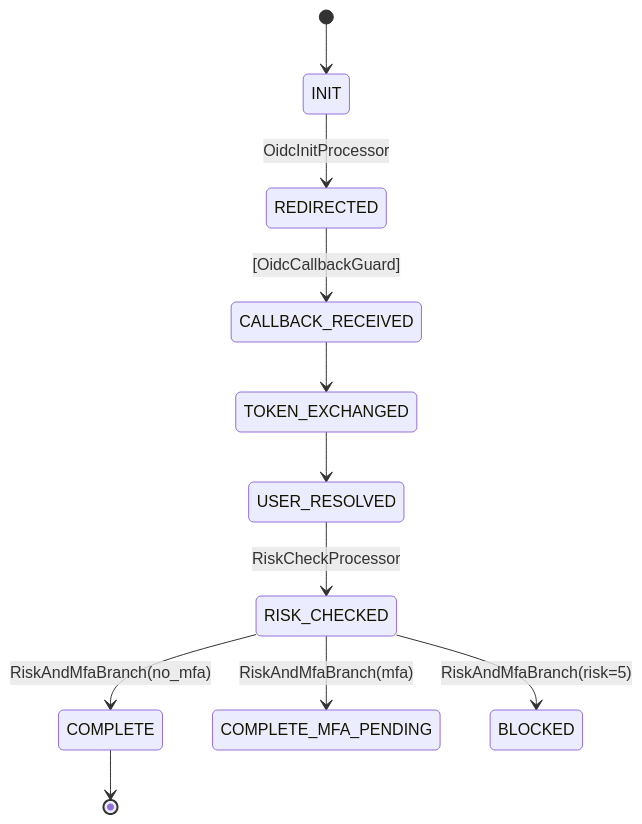
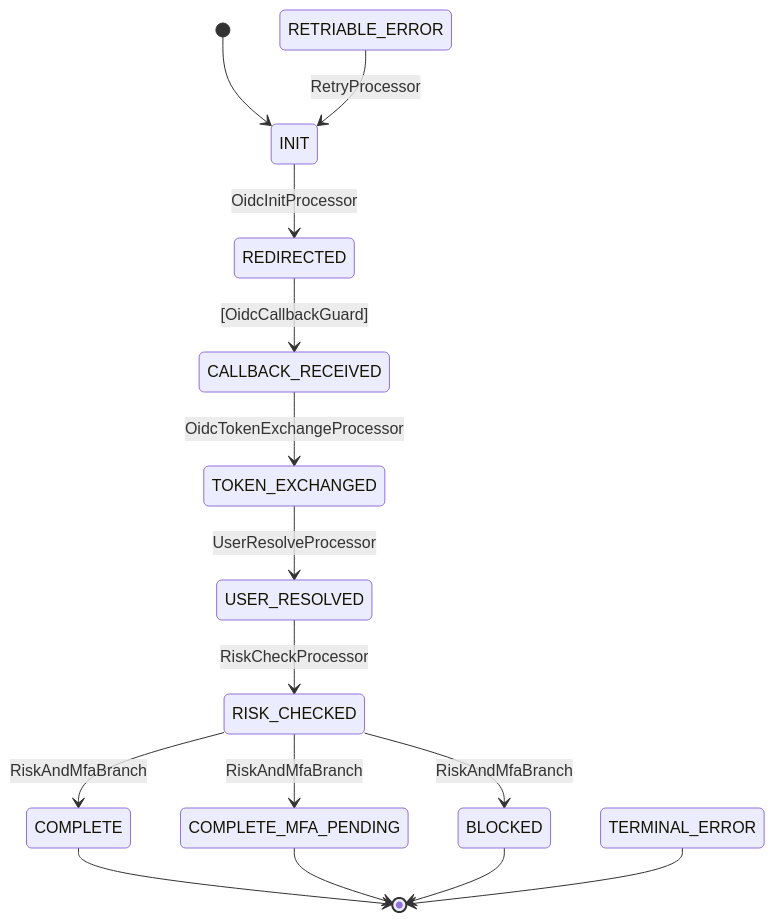
Before and after one commit to opaopa6969/volta-auth-proxy: the first of 4 diagrams in README.md, drawn with Mermaid. The commit also changed other lines of this file and 283 other files, not shown here.

````diff
--- a/README.md
+++ b/README.md
@@ -115,13 +115,17 @@
 ```mermaid
 stateDiagram-v2
     [*] --> INIT
     INIT --> REDIRECTED : OidcInitProcessor
     REDIRECTED --> CALLBACK_RECEIVED : [OidcCallbackGuard]
-    CALLBACK_RECEIVED --> TOKEN_EXCHANGED
-    TOKEN_EXCHANGED --> USER_RESOLVED
+    CALLBACK_RECEIVED --> TOKEN_EXCHANGED : OidcTokenExchangeProcessor
+    TOKEN_EXCHANGED --> USER_RESOLVED : UserResolveProcessor
     USER_RESOLVED --> RISK_CHECKED : RiskCheckProcessor
-    RISK_CHECKED --> COMPLETE : RiskAndMfaBranch(no_mfa)
-    RISK_CHECKED --> COMPLETE_MFA_PENDING : RiskAndMfaBranch(mfa)
-    RISK_CHECKED --> BLOCKED : RiskAndMfaBranch(risk=5)
+    RISK_CHECKED --> COMPLETE : RiskAndMfaBranch
+    RISK_CHECKED --> COMPLETE_MFA_PENDING : RiskAndMfaBranch
+    RISK_CHECKED --> BLOCKED : RiskAndMfaBranch
+    RETRIABLE_ERROR --> INIT : RetryProcessor
     COMPLETE --> [*]
+    COMPLETE_MFA_PENDING --> [*]
+    BLOCKED --> [*]
+    TERMINAL_ERROR --> [*]
 ```
````
